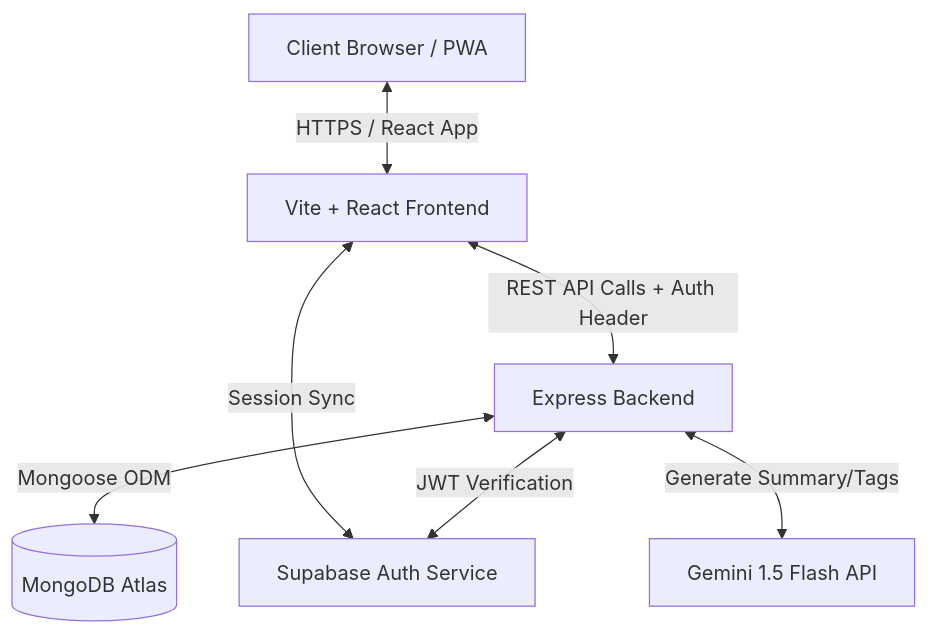
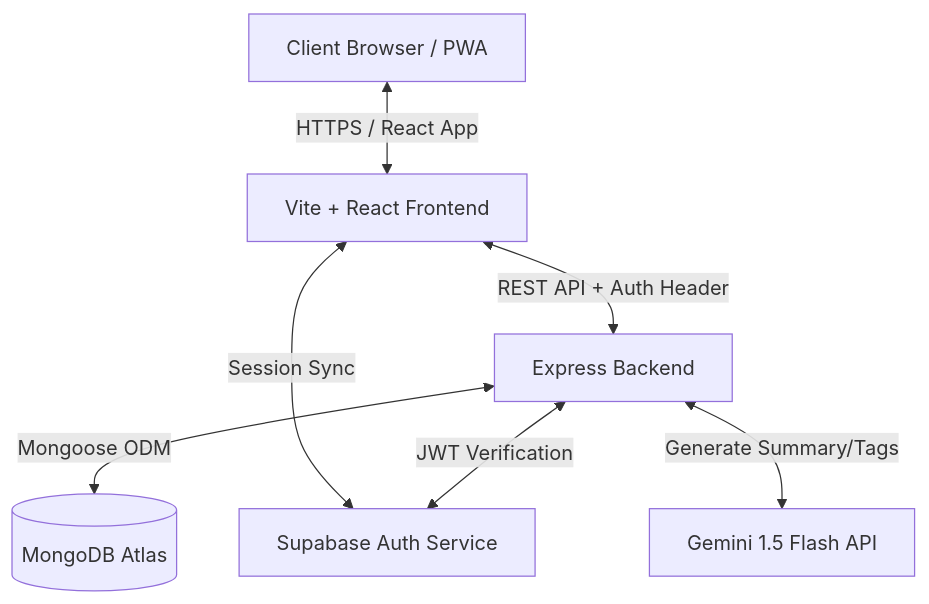
The first of 2 diagrams in README.md (bharathreddy55/AetherCast-MERN), drawn with Mermaid before and after one commit. The commit also changed other lines of this file and 1 other file, not shown here.

````diff
--- a/README.md
+++ b/README.md
@@ -20,9 +21,9 @@
 ```mermaid
 graph TD
     User[Client Browser / PWA] <-->|HTTPS / React App| Frontend[Vite + React Frontend]
-    Frontend <-->|REST API Calls + Auth Header| Backend[Express Backend]
+    Frontend <-->|REST API + Auth Header| Backend[Express Backend]
     Backend <-->|Mongoose ODM| DB[(MongoDB Atlas)]
     Frontend <-->|Session Sync| Supabase[Supabase Auth Service]
     Backend <-->|JWT Verification| Supabase
     Backend <-->|Generate Summary/Tags| Gemini[Gemini 1.5 Flash API]
 ```
````
